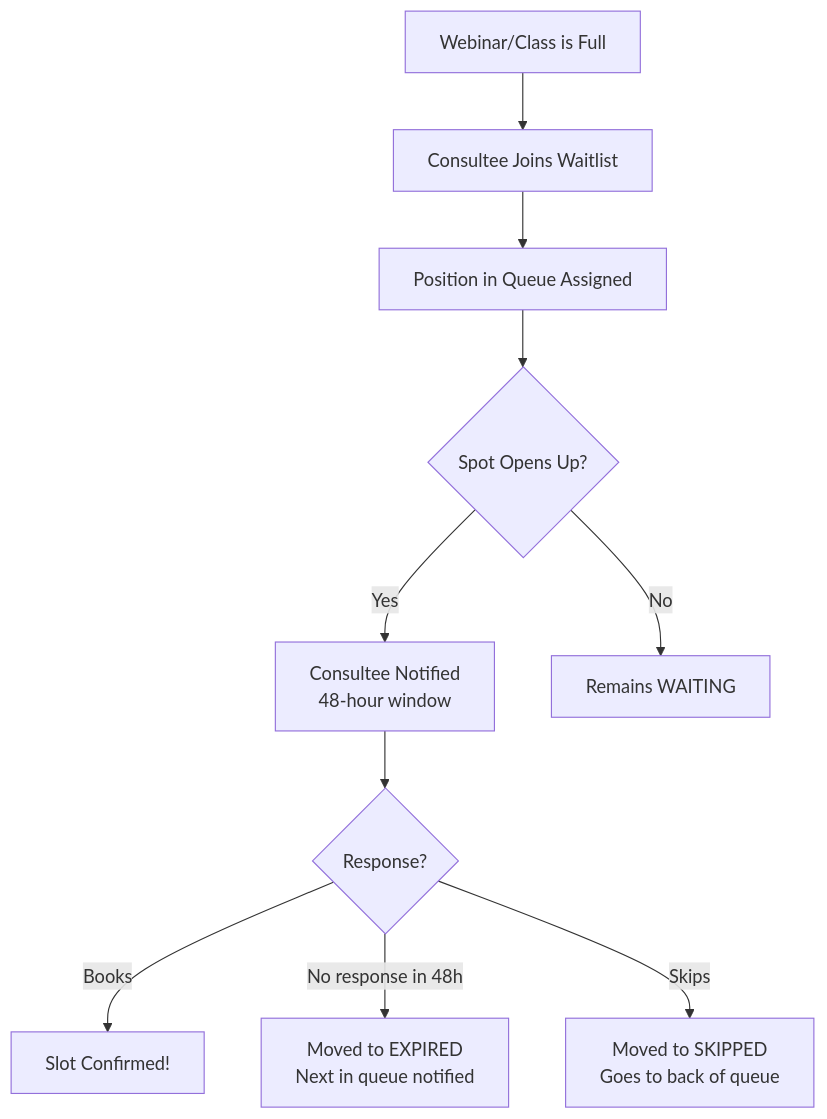
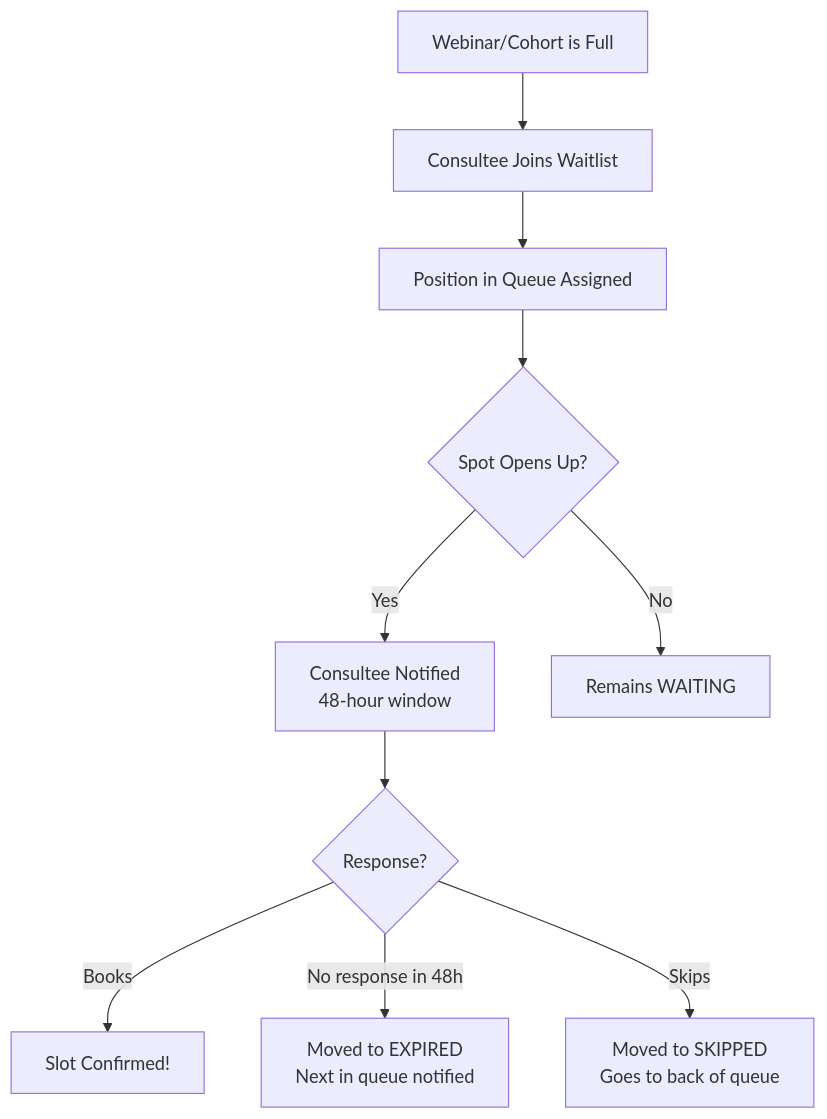
Before and after one commit to Practitionist/familiarise_web: the ninth of 21 diagrams in docs/team/platform-testing-playbook.md, drawn with Mermaid. The commit also changed 89 other files, not shown here.

````diff
--- a/docs/team/platform-testing-playbook.md
+++ b/docs/team/platform-testing-playbook.md
@@ -673,12 +673,12 @@
 ```mermaid
 graph TD
-    A[Webinar/Class is Full] --> B[Consultee Joins Waitlist]
+    A[Webinar/Cohort is Full] --> B[Consultee Joins Waitlist]
     B --> C[Position in Queue Assigned]
     C --> D{Spot Opens Up?}
     D -->|Yes| E[Consultee Notified<br/>48-hour window]
     E --> F{Response?}
     F -->|Books| G[Slot Confirmed!]
     F -->|No response in 48h| H[Moved to EXPIRED<br/>Next in queue notified]
     F -->|Skips| I[Moved to SKIPPED<br/>Goes to back of queue]
     D -->|No| J[Remains WAITING]
 ```
````
